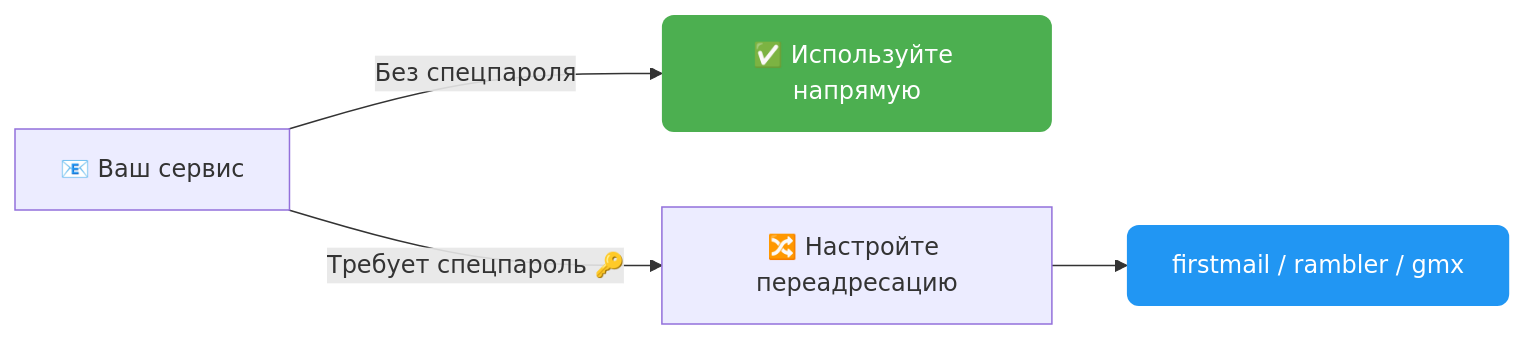
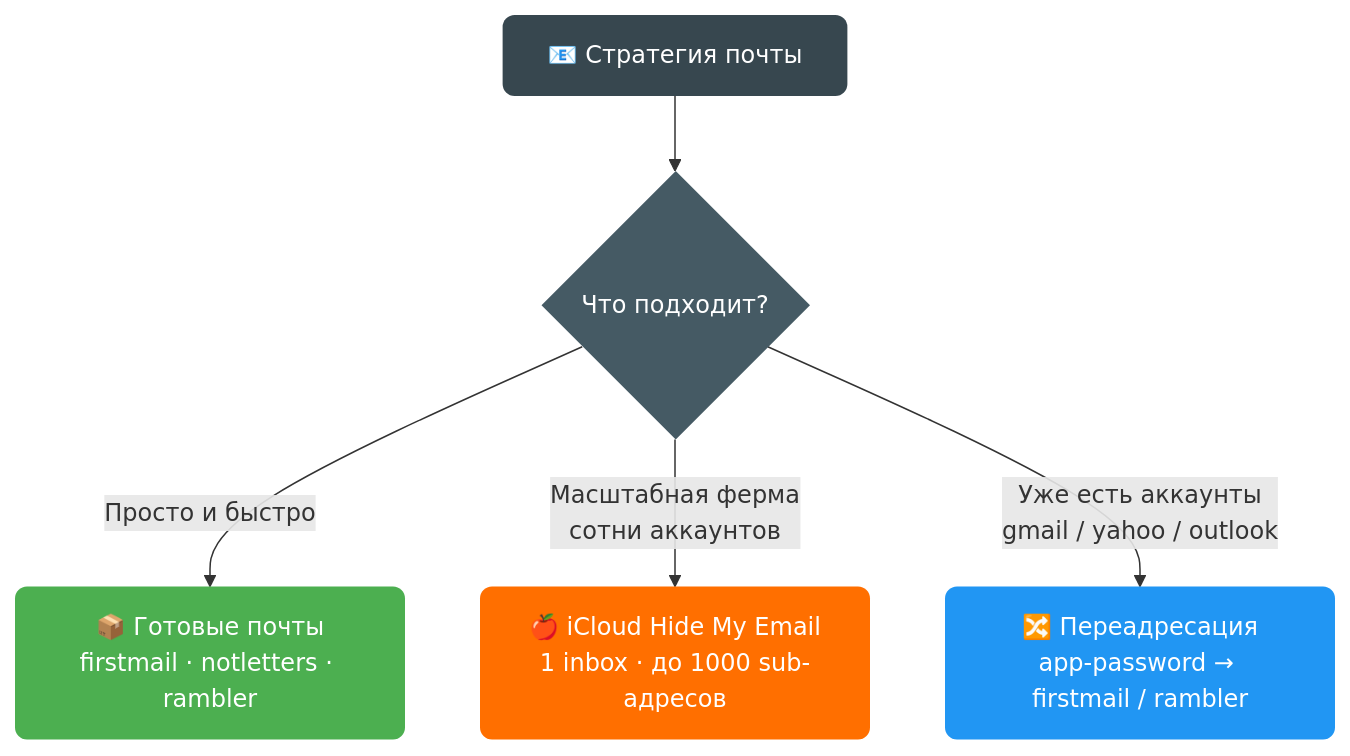
The first of 10 diagrams in src/content/docs/getting-started/faq.md (AutoPilotSoftware/docs), drawn with Mermaid before and after one commit. The commit also changed other lines of this file and 2 other files, not shown here.

First line of the commit message:
docs(faq): mail strategy patterns + iCloud Hide My Email guide

````diff
--- a/src/content/docs/getting-started/faq.md
+++ b/src/content/docs/getting-started/faq.md
@@ -59,9 +59,13 @@
 ```mermaid
-flowchart LR
-    A["📧 Ваш сервис"] -->|Без спецпароля| B["✅ Используйте напрямую"]
-    A -->|Требует спецпароль 🔑| C["🔀 Настройте переадресацию"]
-    C --> D["firstmail / rambler / gmx"]
+flowchart TD
+    Start["📧 Стратегия почты"] --> Q{"Что подходит?"}
+    Q -->|"Просто и быстро"| Direct["📦 Готовые почты<br/>firstmail · notletters · rambler"]
+    Q -->|"Масштабная ферма<br/>сотни аккаунтов"| Farm["🍎 iCloud Hide My Email<br/>1 inbox · до 1000 sub-адресов"]
+    Q -->|"Уже есть аккаунты<br/>gmail / yahoo / outlook"| Fwd["🔀 Переадресация<br/>app-password → firstmail / rambler"]
 
-    style B fill:#4CAF50,color:#fff,stroke:none,rx:8
-    style D fill:#2196F3,color:#fff,stroke:none,rx:8
+    style Start fill:#37474F,color:#fff,stroke:none,rx:8
+    style Q fill:#455A64,color:#fff,stroke:none,rx:8
+    style Direct fill:#4CAF50,color:#fff,stroke:none,rx:8
+    style Farm fill:#FF6F00,color:#fff,stroke:none,rx:8
+    style Fwd fill:#2196F3,color:#fff,stroke:none,rx:8
 ```
````
